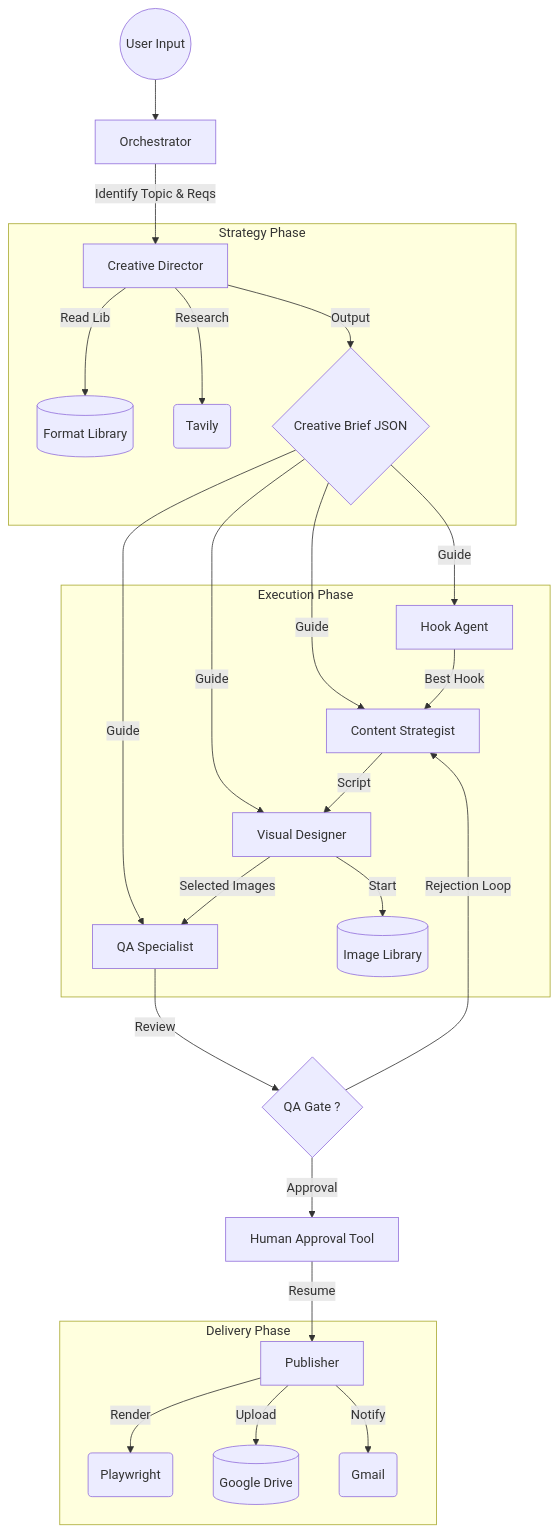
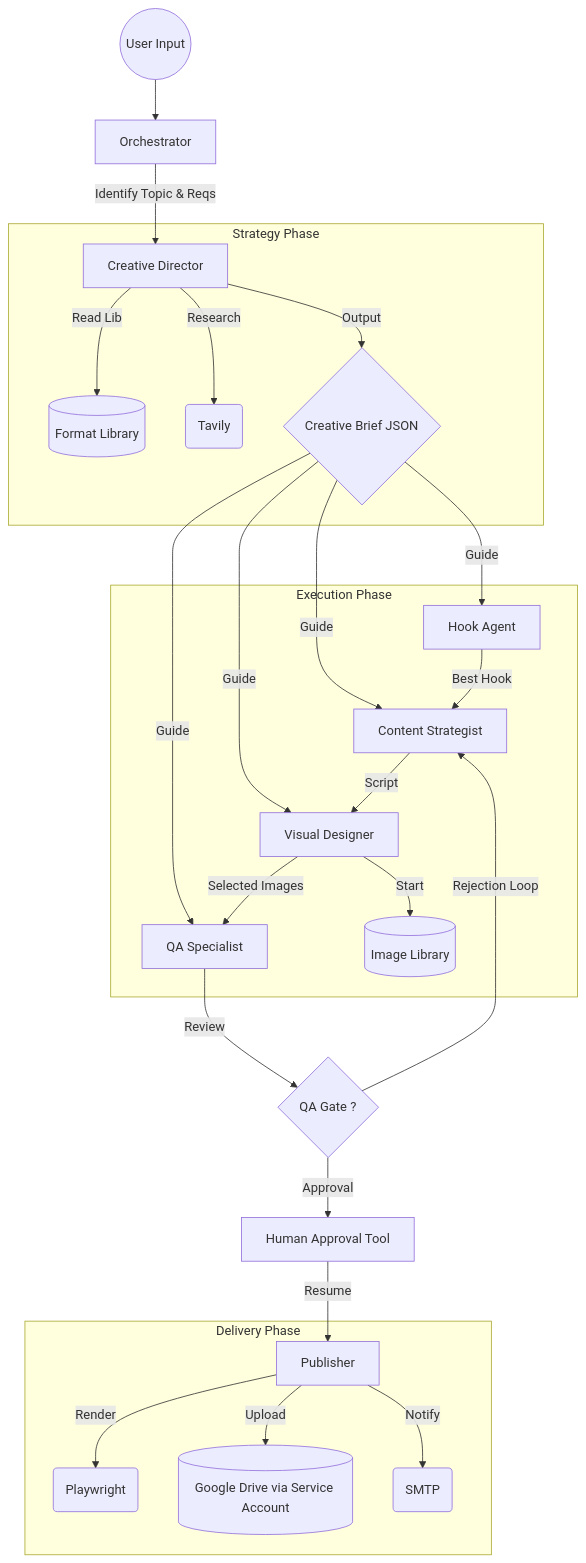
One commit to s0yabean/deepagents changed the diagram in tiktok_slideshow_agent/docs/system_architecture.md. Above: the diagram before and after it, drawn with Mermaid. The commit also changed 8 other files, not shown here.

````diff
--- a/tiktok_slideshow_agent/docs/system_architecture.md
+++ b/tiktok_slideshow_agent/docs/system_architecture.md
@@ -14,35 +14,35 @@
 ```mermaid
 graph TD
     User((User Input)) --> Orch[Orchestrator]
     Orch -->|Identify Topic & Reqs| CD[Creative Director]
     
     subgraph Strategy Phase
         CD -->|Read Lib| FormatLib[(Format Library)]
         CD -->|Research| WebSearch(Tavily)
         CD -->|Output| Brief{Creative Brief JSON}
     end
     
     Brief -->|Guide| Hook[Hook Agent]
     Brief -->|Guide| Strat[Content Strategist]
     Brief -->|Guide| Vis[Visual Designer]
     Brief -->|Guide| QA[QA Specialist]
     
     subgraph Execution Phase
         Hook -->|Best Hook| Strat
         Strat -->|Script| Vis
         Vis -->|Start| ImgLib[(Image Library)]
         Vis -->|Selected Images| QA
     end
     
     QA -->|Review| Review{QA Gate ?}
     Review -->|Rejection Loop| Strat
     Review -->|Approval| HumanGate[Human Approval Tool]
     
     HumanGate -->|Resume| Pub[Publisher]
     
     subgraph Delivery Phase
         Pub -->|Render| Renderer(Playwright)
-        Pub -->|Upload| Drive[(Google Drive)]
-        Pub -->|Notify| Email(Gmail)
+        Pub -->|Upload| Drive[(Google Drive via Service Account)]
+        Pub -->|Notify| Email(SMTP)
     end
 ```
````
